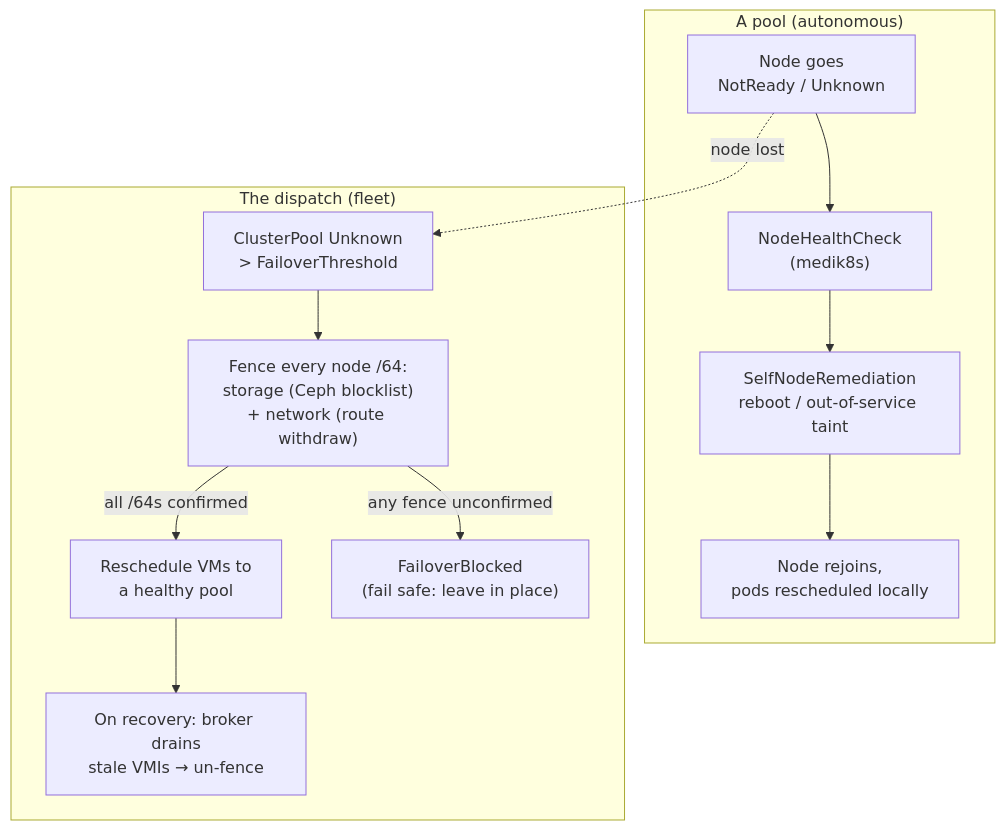
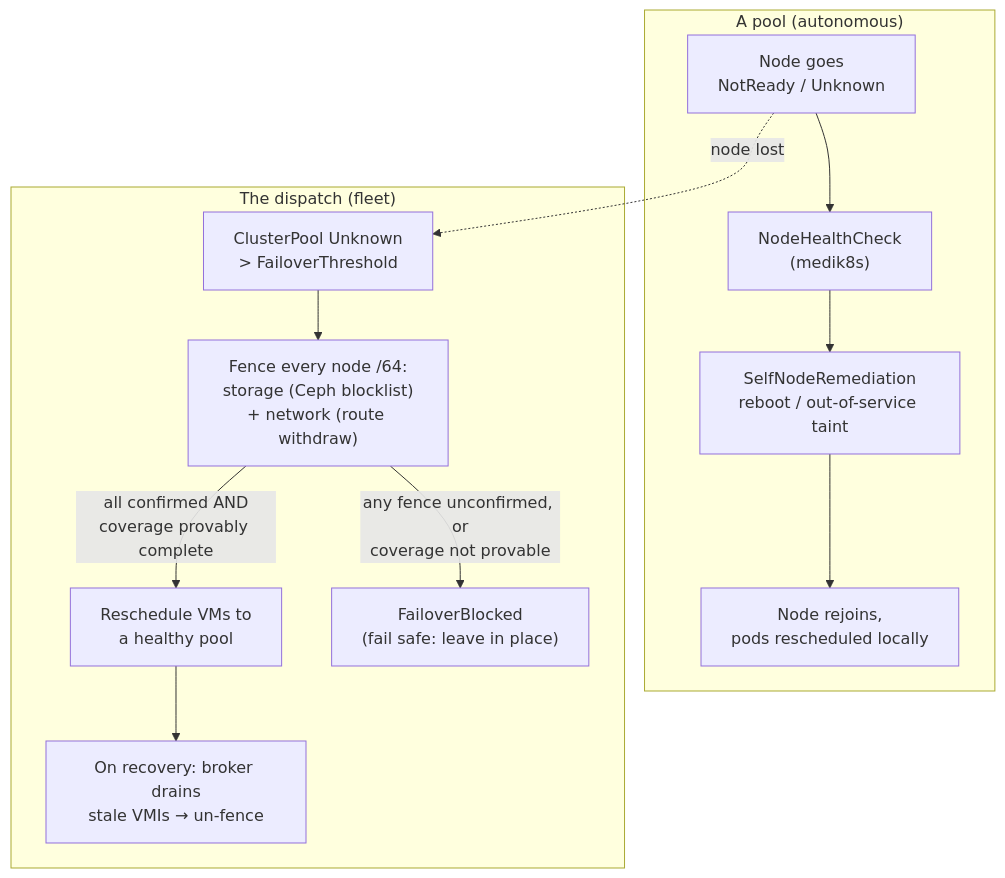
One commit to trevex/ectobase changed the first of 2 diagrams in docs/architecture/rescheduling-and-failover.md. Above: the diagram before and after it, drawn with Mermaid. The commit also changed other lines of this file and 11 other files, not shown here.

````diff
--- a/docs/architecture/rescheduling-and-failover.md
+++ b/docs/architecture/rescheduling-and-failover.md
@@ -34,19 +34,19 @@
 ```mermaid
 flowchart TD
     subgraph pool["A pool (autonomous)"]
         node["Node goes<br/>NotReady / Unknown"]
         node --> nhc["NodeHealthCheck<br/>(medik8s)"]
         nhc --> snr["SelfNodeRemediation<br/>reboot / out-of-service taint"]
         snr --> healed["Node rejoins,<br/>pods rescheduled locally"]
     end
 
     subgraph dispatch["The dispatch (fleet)"]
         lost["ClusterPool Unknown<br/>&gt; FailoverThreshold"]
         lost --> fence["Fence every node /64:<br/>storage (Ceph blocklist)<br/>+ network (route withdraw)"]
-        fence -->|all /64s confirmed| rebind["Reschedule VMs to<br/>a healthy pool"]
-        fence -->|any fence unconfirmed| block["FailoverBlocked<br/>(fail safe: leave in place)"]
+        fence -->|all confirmed AND<br/>coverage provably complete| rebind["Reschedule VMs to<br/>a healthy pool"]
+        fence -->|any fence unconfirmed, or<br/>coverage not provable| block["FailoverBlocked<br/>(fail safe: leave in place)"]
         rebind --> recover["On recovery: broker drains<br/>stale VMIs → un-fence"]
     end
 
     node -.node lost.-> lost
 ```
````
